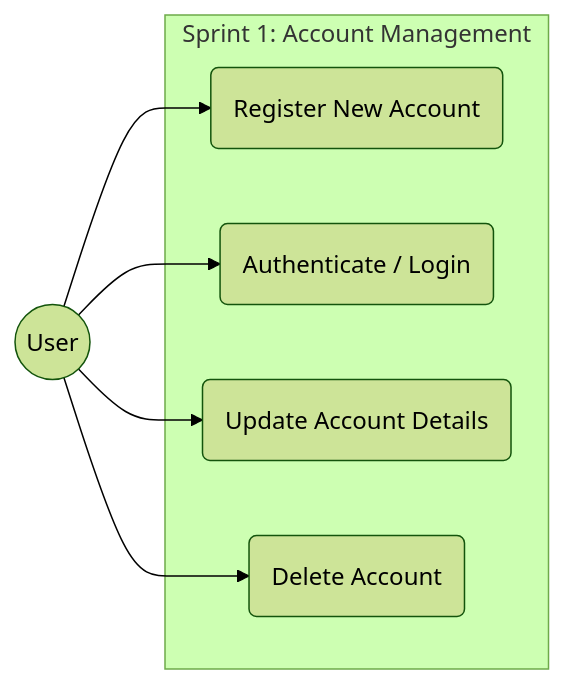
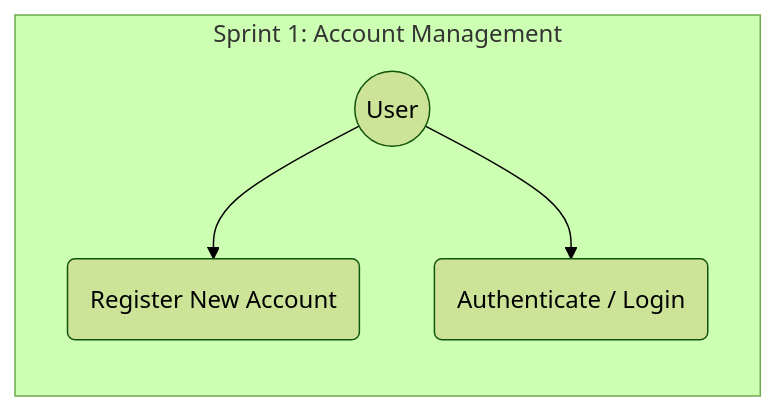
The first of 4 diagrams in README.md (Luis-HF/football-tactical-simulator), drawn with Mermaid (forest theme) before and after one commit. The commit also changed other lines of this file, not shown here.

Commit message:
Update after Sprint 1

````diff
--- a/README.md
+++ b/README.md
@@ -21,16 +21,13 @@
 ```mermaid
 graph LR
+subgraph "Sprint 1: Account Management"
+
     User((User))
-    
-    subgraph "Sprint 1: Account Management"
+
         UC1(Register New Account)
         UC2(Authenticate / Login)
-        UC3(Update Account Details)
-        UC4(Delete Account)
     end
 
     User --> UC1
     User --> UC2
-    User --> UC3
-    User --> UC4
 ```
````
